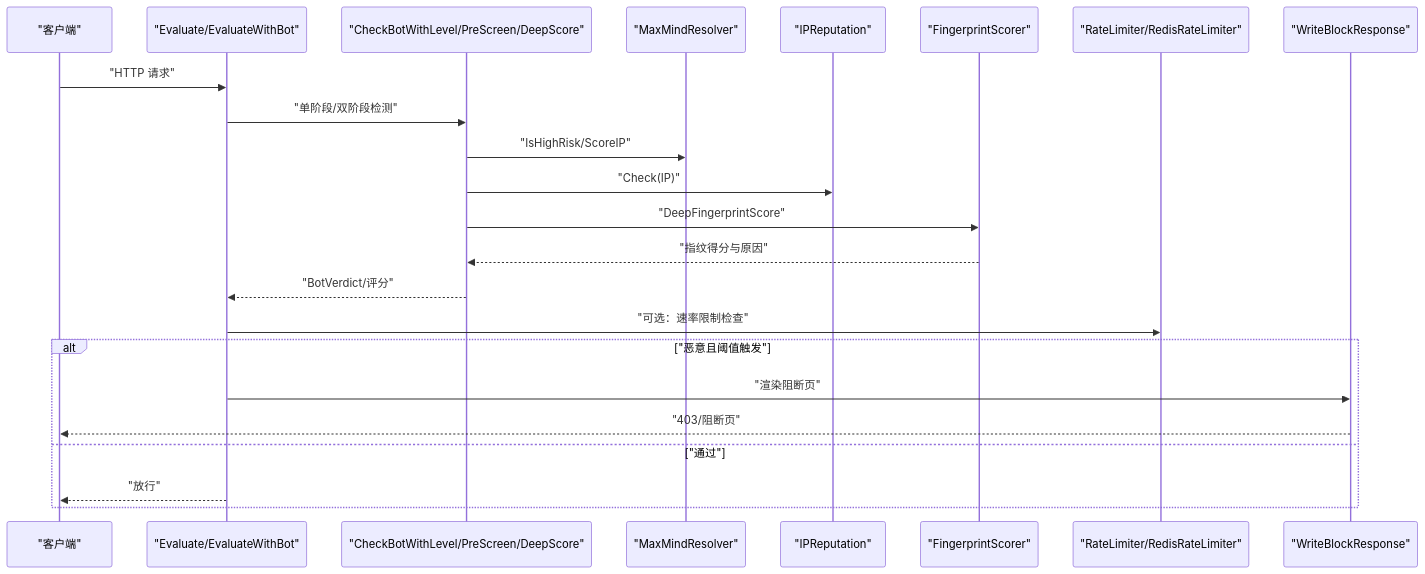
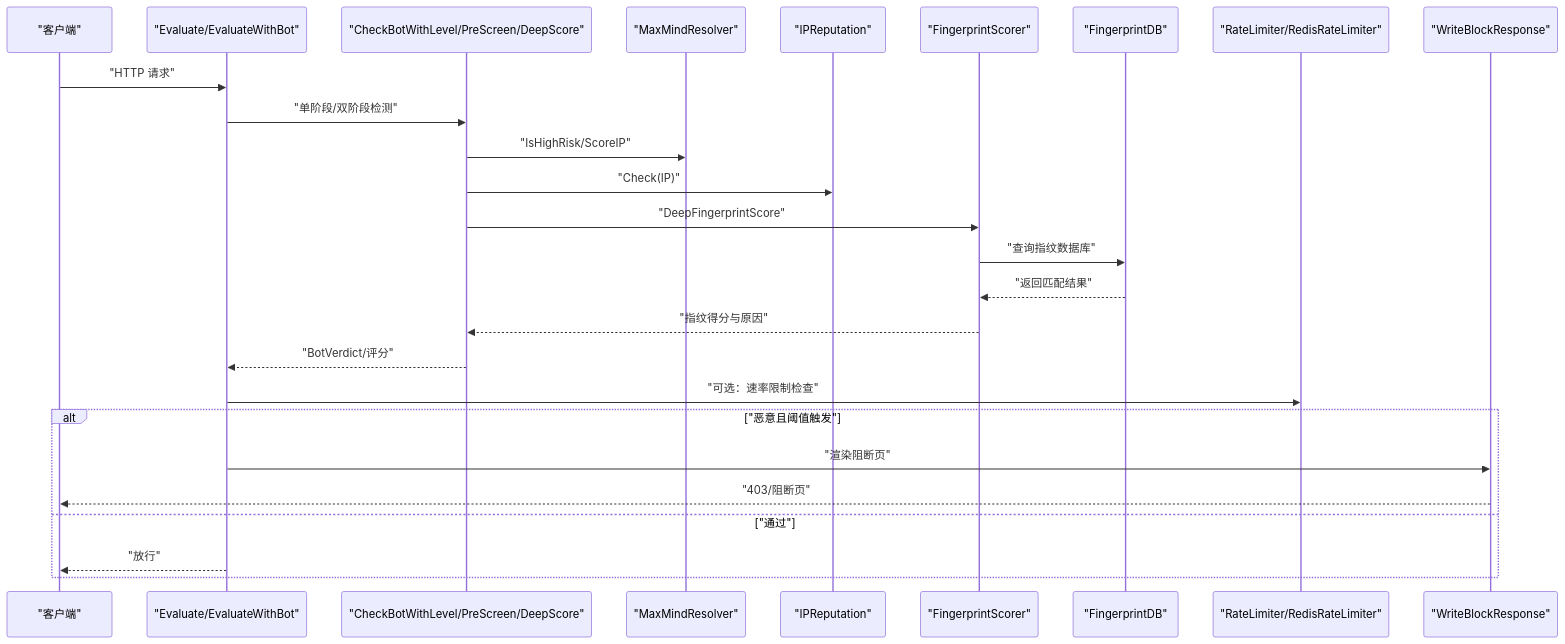
The second of 8 diagrams in docs/安全防护功能/机器人检测.md (x01n/My-OpenWaf), drawn with Mermaid before and after one commit. The commit also changed other lines of this file and 51 other files, not shown here.

````diff
--- a/docs/安全防护功能/机器人检测.md
+++ b/docs/安全防护功能/机器人检测.md
@@ -131,25 +162,28 @@
 ```mermaid
 sequenceDiagram
 participant Client as "客户端"
 participant Eval as "Evaluate/EvaluateWithBot"
 participant Bot as "CheckBotWithLevel/PreScreen/DeepScore"
 participant Geo as "MaxMindResolver"
 participant Rep as "IPReputation"
 participant FP as "FingerprintScorer"
+participant FPDB as "FingerprintDB"
 participant RL as "RateLimiter/RedisRateLimiter"
 participant Block as "WriteBlockResponse"
 Client->>Eval : "HTTP 请求"
 Eval->>Bot : "单阶段/双阶段检测"
 Bot->>Geo : "IsHighRisk/ScoreIP"
 Bot->>Rep : "Check(IP)"
 Bot->>FP : "DeepFingerprintScore"
+FP->>FPDB : "查询指纹数据库"
+FPDB-->>FP : "返回匹配结果"
 FP-->>Bot : "指纹得分与原因"
 Bot-->>Eval : "BotVerdict/评分"
 Eval->>RL : "可选：速率限制检查"
 alt "恶意且阈值触发"
 Eval->>Block : "渲染阻断页"
 Block-->>Client : "403/阻断页"
 else "通过"
 Eval-->>Client : "放行"
 end
 ```
````
